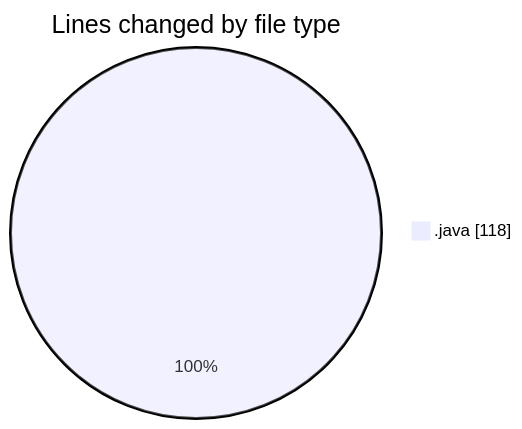
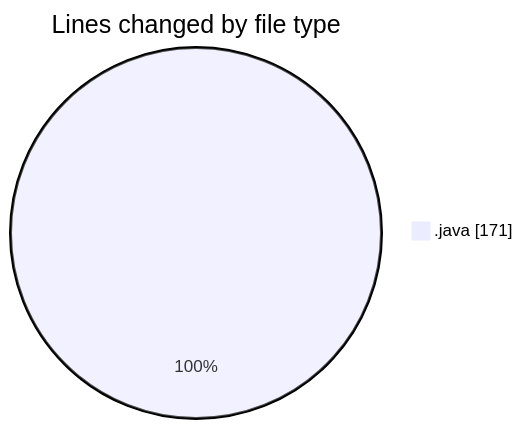
The first of 2 diagrams in 2025-01-30/java/README.md (NitaiMahat/code-tracking), drawn with Mermaid before and after one commit. The commit also changed other lines of this file and 1 other file, not shown here.

````diff
--- a/2025-01-30/java/README.md
+++ b/2025-01-30/java/README.md
@@ -20,5 +20,5 @@
 ```mermaid
 pie showData
 title Lines changed by file type
-".java" : 118
+".java" : 171
 ```
````
